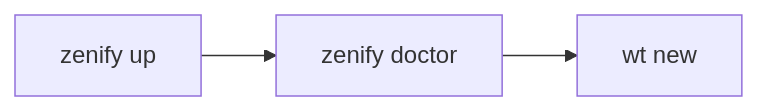
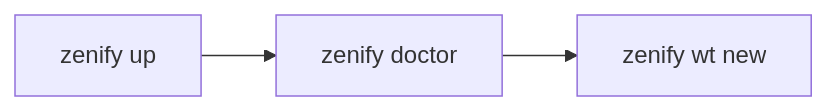
One commit to ZenifyAIContactCenter/zenify-kit changed the diagram in website/getting-started/quickstart.md. Above: the diagram before and after it, drawn with Mermaid. The commit also changed other lines of this file and 13 other files, not shown here.

````diff
--- a/website/getting-started/quickstart.md
+++ b/website/getting-started/quickstart.md
@@ -9,4 +9,4 @@
 ```mermaid
 flowchart LR
-  A[zenify up] --> B[zenify doctor] --> C[wt new]
+  A[zenify up] --> B[zenify doctor] --> C[zenify wt new]
 ```
````
